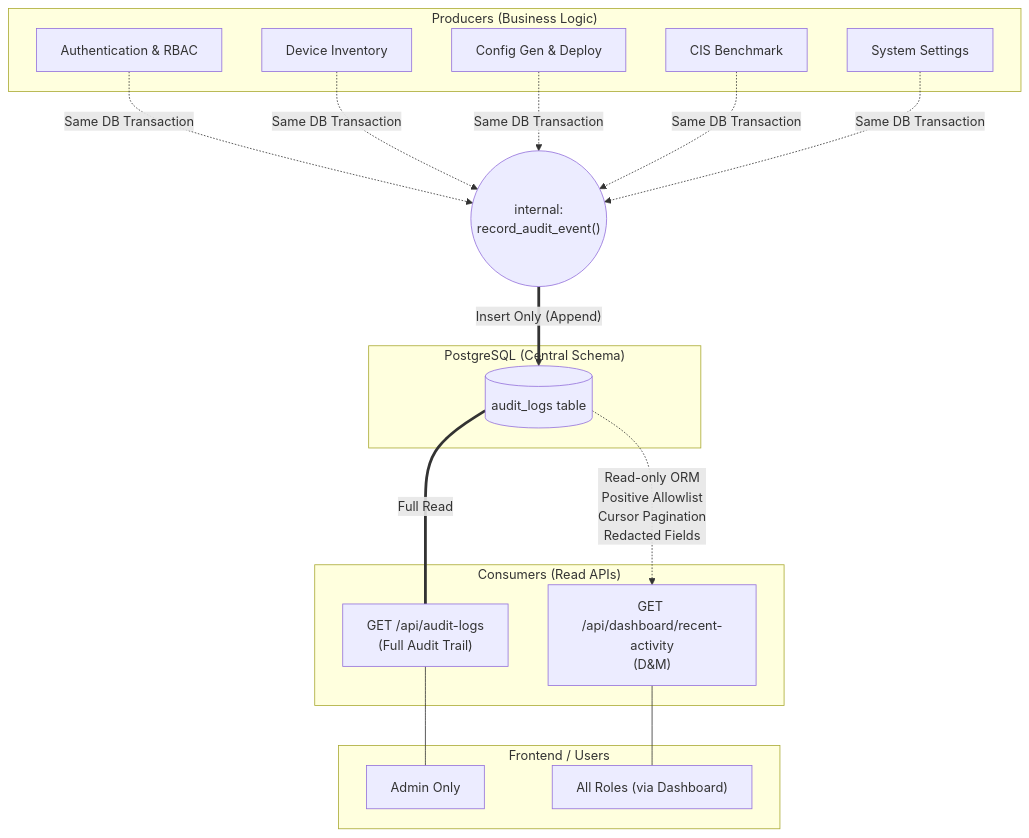
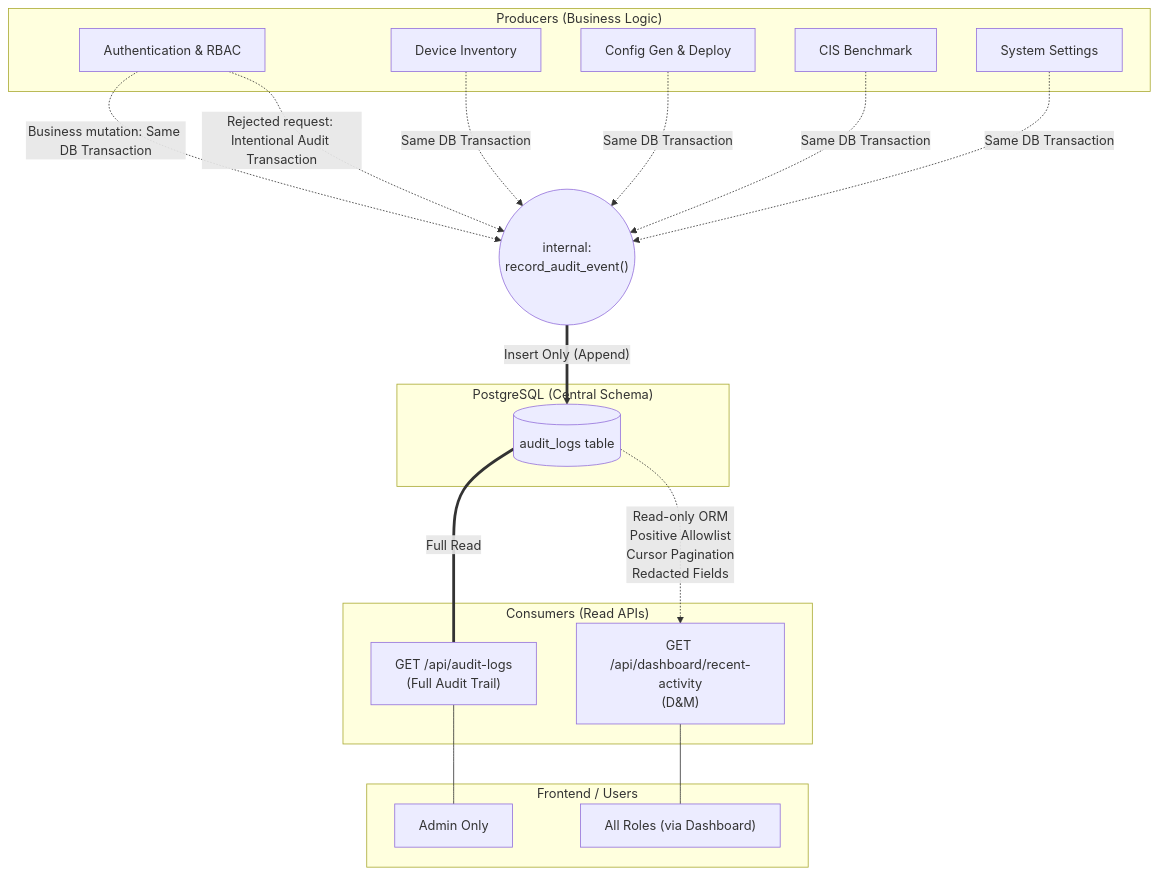
One commit to napgat/NyNetMate-Research changed the diagram in 02_feature/11_Audit Trail(Naphat)/03_Component Diagram.md. Above: the diagram before and after it, drawn with Mermaid. The commit also changed other lines of this file and 90 other files, not shown here.

````diff
--- a/02_feature/11_Audit Trail(Naphat)/03_Component Diagram.md
+++ b/02_feature/11_Audit Trail(Naphat)/03_Component Diagram.md
@@ -5,47 +5,48 @@
 ```mermaid
 flowchart TD
     %% Producers
     subgraph Producers ["Producers (Business Logic)"]
         Auth[Authentication & RBAC]
         Device[Device Inventory]
         Config[Config Gen & Deploy]
         CIS[CIS Benchmark]
         Settings[System Settings]
     end
 
     %% Audit Interface
     recordFn(("internal:\nrecord_audit_event()"))
     
     %% Storage
     subgraph Storage ["PostgreSQL (Central Schema)"]
         DB[(audit_logs table)]
     end
 
     %% Consumers
     subgraph Consumers ["Consumers (Read APIs)"]
         FullAPI["GET /api/audit-logs\n(Full Audit Trail)"]
         DMAPI["GET /api/dashboard/recent-activity\n(D&M)"]
     end
     
     %% UI
     subgraph UI ["Frontend / Users"]
         Admin[Admin Only]
         Dashboard["All Roles (via Dashboard)"]
     end
 
     %% Connections - Write Flow
-    Auth -.->|Same DB Transaction| recordFn
+    Auth -.->|Business mutation: Same DB Transaction| recordFn
+    Auth -.->|Rejected request: Intentional Audit Transaction| recordFn
     Device -.->|Same DB Transaction| recordFn
     Config -.->|Same DB Transaction| recordFn
     CIS -.->|Same DB Transaction| recordFn
     Settings -.->|Same DB Transaction| recordFn
     
     recordFn == "Insert Only (Append)" ==> DB
 
     %% Connections - Read Flow
     DB == "Full Read" === FullAPI
     DB -. "Read-only ORM\nPositive Allowlist\nCursor Pagination\nRedacted Fields" .-> DMAPI
 
     FullAPI --- Admin
     DMAPI --- Dashboard
 ```
````
